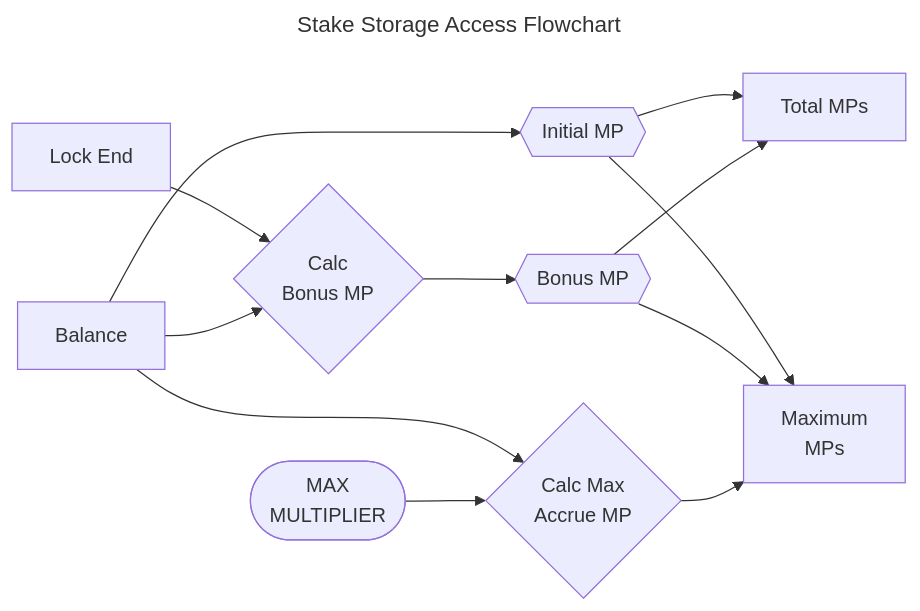
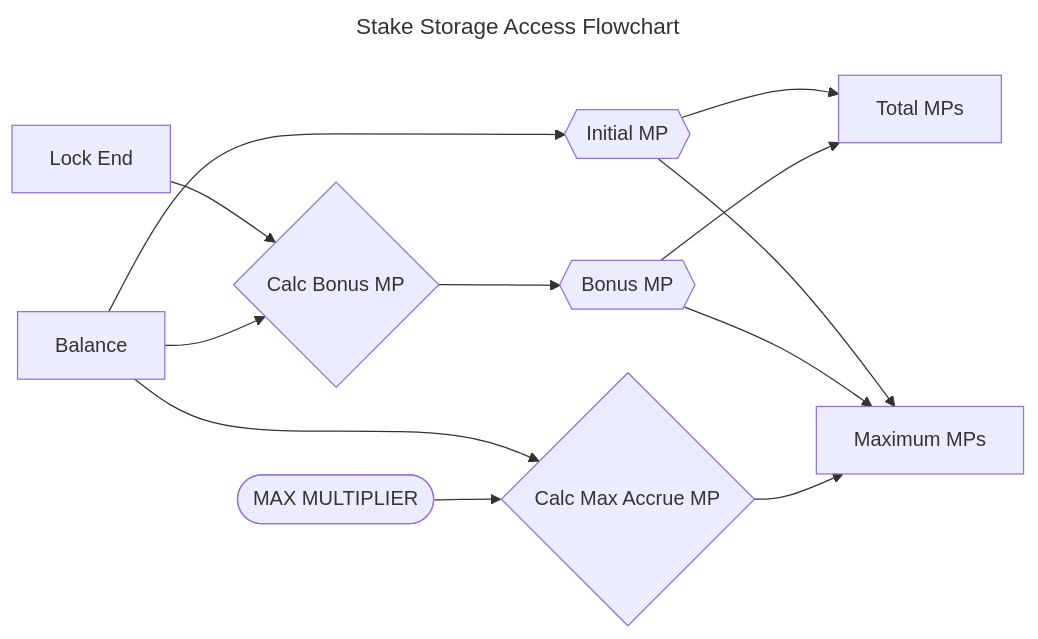
Before and after one commit to vacp2p/staking-reward-streamer: the first of 4 diagrams in docs/MathSpec.md, drawn with Mermaid. The commit also changed other lines of this file, not shown here.

Commit message:
Remove \n from diagrams

````diff
--- a/docs/MathSpec.md
+++ b/docs/MathSpec.md
@@ -348,33 +348,26 @@
 ```mermaid
 ---
 title: Stake Storage Access Flowchart
 ---
 flowchart LR
 	BonusMP{{Bonus MP}}
 	InitialMP{{Initial MP}}
-
 	Balance
 	LockEnd[Lock End]
 	TotalMP[Total MPs]
-	MaxMP[Maximum\nMPs]
-
-	FBonusMP{Calc\nBonus MP}
-	FMaxMP{Calc Max\nAccrue MP}
-	M_MAX([MAX\nMULTIPLIER])
-    %% Stake Process
-
-    %% Update Flow
+	MaxMP[Maximum MPs]
+	FBonusMP{Calc Bonus MP}
+	FMaxMP{Calc Max Accrue MP}
+	M_MAX([MAX MULTIPLIER])
     Balance --> InitialMP
     Balance --> FMaxMP
     M_MAX --> FMaxMP
     InitialMP --> TotalMP
     InitialMP --> MaxMP
-
     BonusMP --> TotalMP
     BonusMP --> MaxMP
     FMaxMP --> MaxMP
-
     LockEnd --> FBonusMP
     Balance --> FBonusMP
     FBonusMP --> BonusMP
 ```
````
